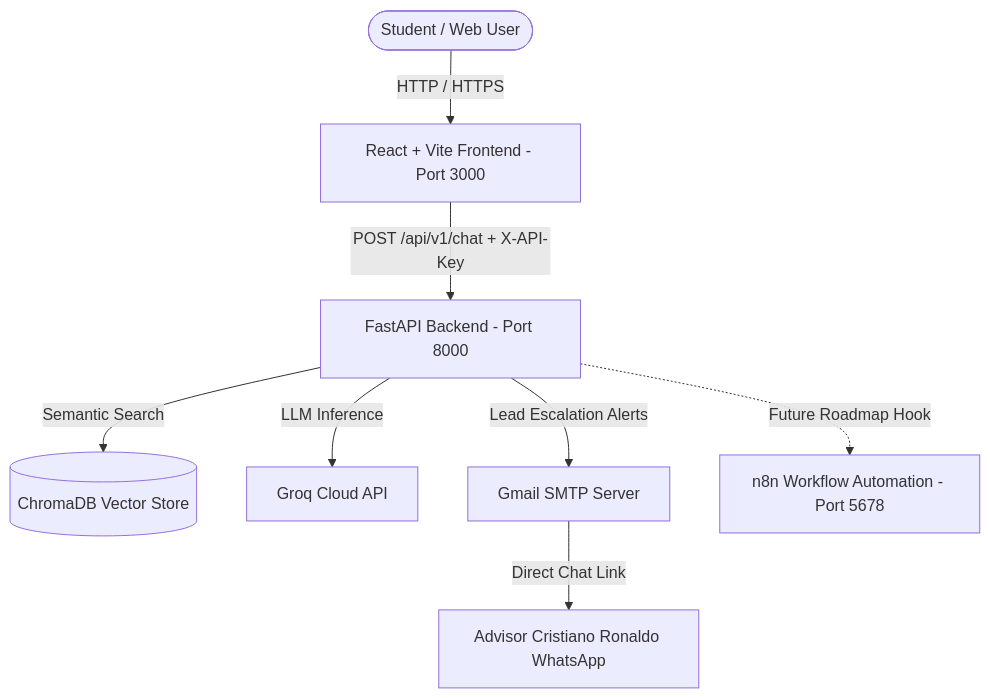
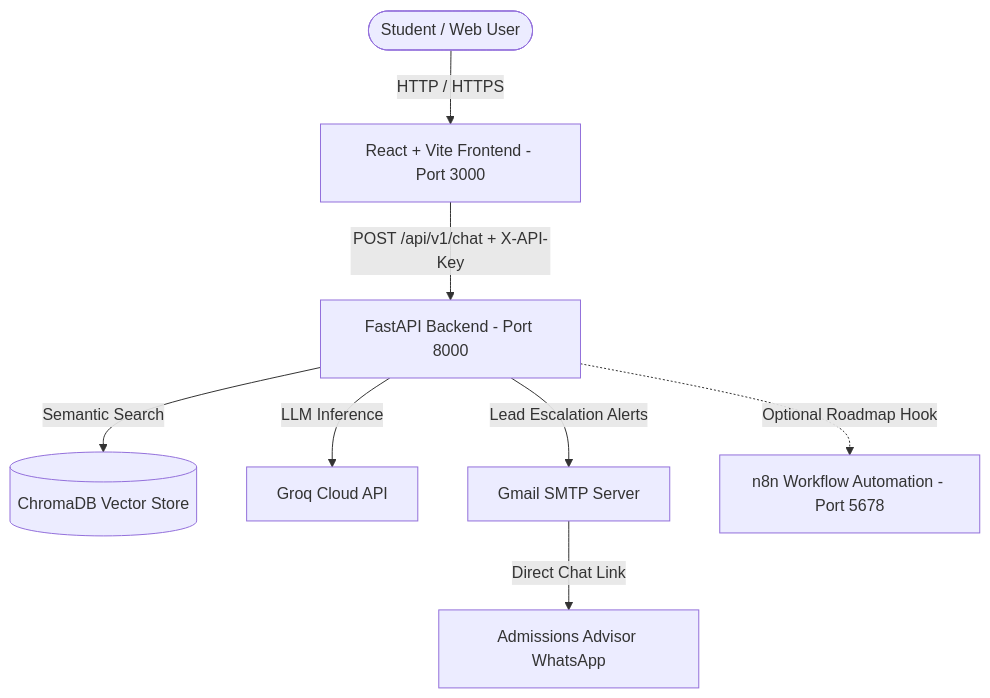
Before and after one commit to Brxynxr/PruebaDesempe-oAI: the diagram in README.md, drawn with Mermaid. The commit also changed other lines of this file and 8 other files, not shown here.

````diff
--- a/README.md
+++ b/README.md
@@ -33,10 +33,10 @@
 ```mermaid
 graph TD
     User([Student / Web User]) -->|HTTP / HTTPS| Frontend[React + Vite Frontend - Port 3000]
     Frontend -->|POST /api/v1/chat + X-API-Key| Backend[FastAPI Backend - Port 8000]
     Backend -->|Semantic Search| Chroma[(ChromaDB Vector Store)]
     Backend -->|LLM Inference| Groq[Groq Cloud API]
     Backend -->|Lead Escalation Alerts| SMTP[Gmail SMTP Server]
-    SMTP -->|Direct Chat Link| WhatsApp[Advisor Cristiano Ronaldo WhatsApp]
-    Backend -.->|Future Roadmap Hook| n8n[n8n Workflow Automation - Port 5678]
+    SMTP -->|Direct Chat Link| WhatsApp[Admissions Advisor WhatsApp]
+    Backend -.->|Optional Roadmap Hook| n8n[n8n Workflow Automation - Port 5678]
 ```
````
